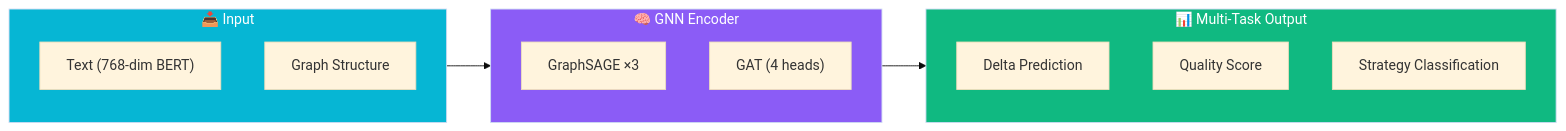
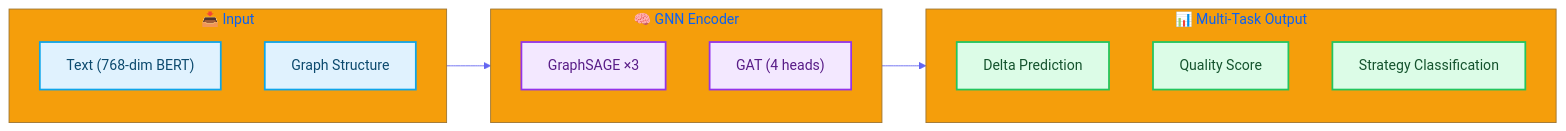
Before and after one commit to AluminumShark/Social-Debate-AI: the diagram in docs/modules/GNN.md, drawn with Mermaid. The commit also changed 5 other files, not shown here.

Commit message:
style(docs): apply consistent bright Mermaid theme to all documentation diagrams

````diff
--- a/docs/modules/GNN.md
+++ b/docs/modules/GNN.md
@@ -13,25 +13,26 @@
 ```mermaid
-%%{init: {'theme': 'base'}}%%
+%%{init: {'theme': 'base', 'themeVariables': { 'primaryColor': '#4f46e5', 'primaryTextColor': '#fff', 'primaryBorderColor': '#4338ca', 'lineColor': '#6366f1', 'secondaryColor': '#10b981', 'tertiaryColor': '#f59e0b'}}}%%
 flowchart LR
+    %% Styles
+    classDef input fill:#e0f2fe,stroke:#0ea5e9,stroke-width:2px,color:#0c4a6e;
+    classDef model fill:#f3e8ff,stroke:#9333ea,stroke-width:2px,color:#581c87;
+    classDef output fill:#dcfce7,stroke:#22c55e,stroke-width:2px,color:#14532d;
+
     subgraph Input["📥 Input"]
-        T["Text (768-dim BERT)"]
-        G["Graph Structure"]
+        T["Text (768-dim BERT)"]:::input
+        G["Graph Structure"]:::input
     end
 
     subgraph GNN["🧠 GNN Encoder"]
-        S1["GraphSAGE ×3"]
-        S2["GAT (4 heads)"]
+        S1["GraphSAGE ×3"]:::model
+        S2["GAT (4 heads)"]:::model
     end
 
     subgraph Output["📊 Multi-Task Output"]
-        D["Delta Prediction"]
-        Q["Quality Score"]
-        S["Strategy Classification"]
+        D["Delta Prediction"]:::output
+        Q["Quality Score"]:::output
+        S["Strategy Classification"]:::output
     end
 
     Input --> GNN --> Output
-
-    style Input fill:#06b6d4,color:#fff
-    style GNN fill:#8b5cf6,color:#fff
-    style Output fill:#10b981,color:#fff
 ```
````
